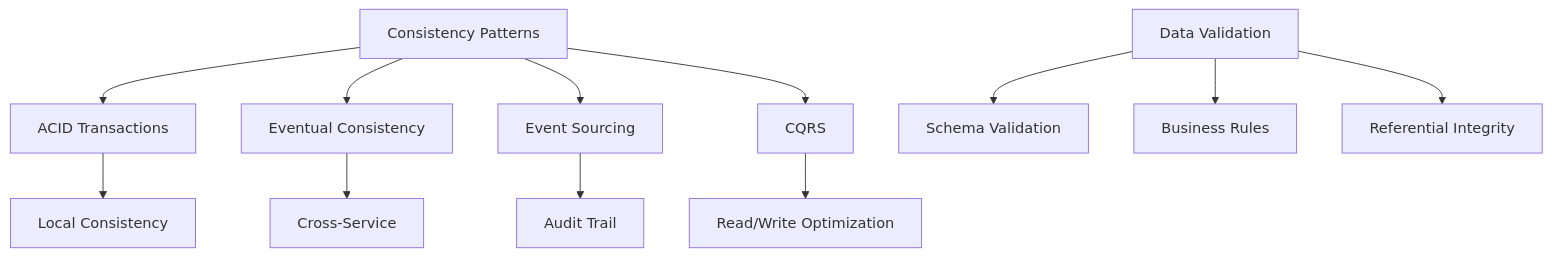
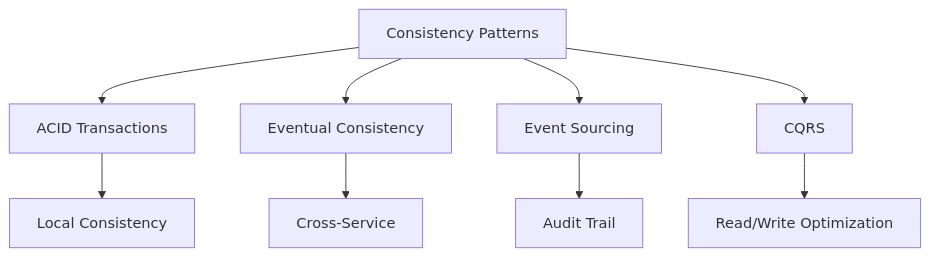
One commit to daichiTAAA/AgentOpsPlatform changed the ninth of 23 diagrams in docs/030000_設計/033000_アーキテクチャ/033010_全体構成.md. Above: the diagram before and after it, drawn with Mermaid. The commit also changed other lines of this file, not shown here.

````diff
--- a/docs/030000_設計/033000_アーキテクチャ/033010_全体構成.md
+++ b/docs/030000_設計/033000_アーキテクチャ/033010_全体構成.md
@@ -387,16 +400,12 @@
 ```mermaid
 graph TD
     A[ACID Transactions] --> B[Local Consistency]
     C[Eventual Consistency] --> D[Cross-Service]
     E[Event Sourcing] --> F[Audit Trail]
     G[CQRS] --> H[Read/Write Optimization]
     
     I[Consistency Patterns] --> A
     I --> C
     I --> E
     I --> G
-    
-    J[Data Validation] --> K[Schema Validation]
-    J --> L[Business Rules]
-    J --> M[Referential Integrity]
 ```
````
